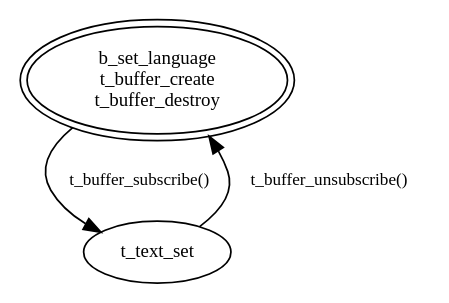
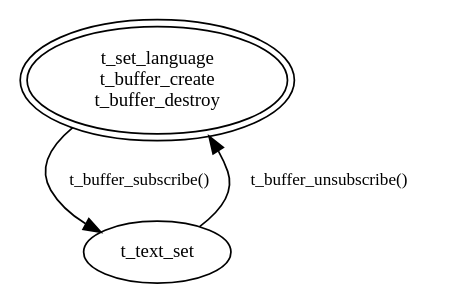
Before and after one commit to versenaut/verse-spec: the diagram in media/subscription/subscription-t.dot, drawn with Graphviz.

Commit message:
Fixed incorrect node prefix

```diff
--- a/media/subscription/subscription-t.dot
+++ b/media/subscription/subscription-t.dot
@@ -1,15 +1,15 @@
 /*
 ** Text subscription graph.
 */
 
 digraph subscription {
 	node [label="\N", shape="ellipse", fontsize="11"];
 	edge [fontsize="10"];
 
 	text -> buffer [label="t_buffer_subscribe()"];
 	buffer -> text [label="t_buffer_unsubscribe()"];
 
 	buffer [label="t_text_set"];
 
-	text [peripheries="2", label="b_set_language\nt_buffer_create\nt_buffer_destroy"];
+	text [peripheries="2", label="t_set_language\nt_buffer_create\nt_buffer_destroy"];
 }
```
